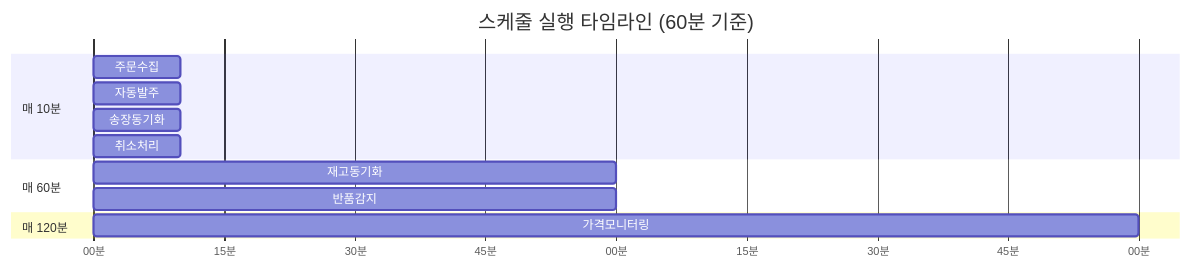
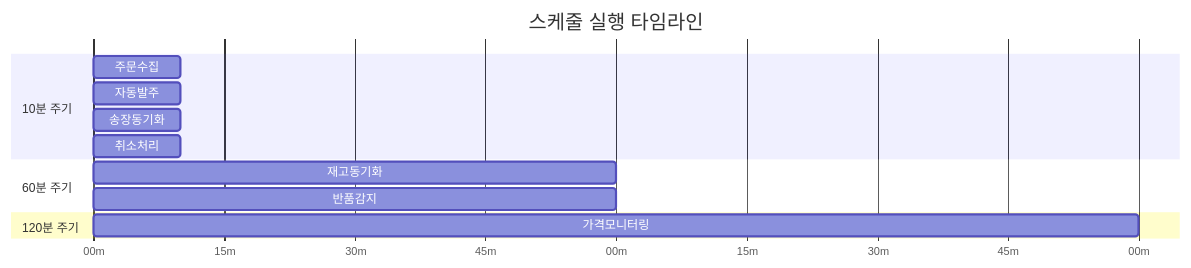
Before and after one commit to pkeom/pkeom: the sixth of 9 diagrams in SYSTEM_MASTER_SPEC.md, drawn with Mermaid. The commit also changed other lines of this file, not shown here.

First line of the commit message:
fix: SYSTEM_MASTER_SPEC.md Mermaid 다이어그램 문법 오류 전체 수정

````diff
--- a/SYSTEM_MASTER_SPEC.md
+++ b/SYSTEM_MASTER_SPEC.md
@@ -1279,19 +1279,19 @@
 ```mermaid
 gantt
-    title 스케줄 실행 타임라인 (60분 기준)
+    title 스케줄 실행 타임라인
     dateFormat mm:ss
-    axisFormat %M분
+    axisFormat %Mm
 
-    section 매 10분
+    section 10분 주기
     주문수집       :00:00, 10m
     자동발주       :00:00, 10m
     송장동기화     :00:00, 10m
     취소처리       :00:00, 10m
 
-    section 매 60분
+    section 60분 주기
     재고동기화     :00:00, 60m
     반품감지       :00:00, 60m
 
-    section 매 120분
+    section 120분 주기
     가격모니터링   :00:00, 120m
 ```
````
